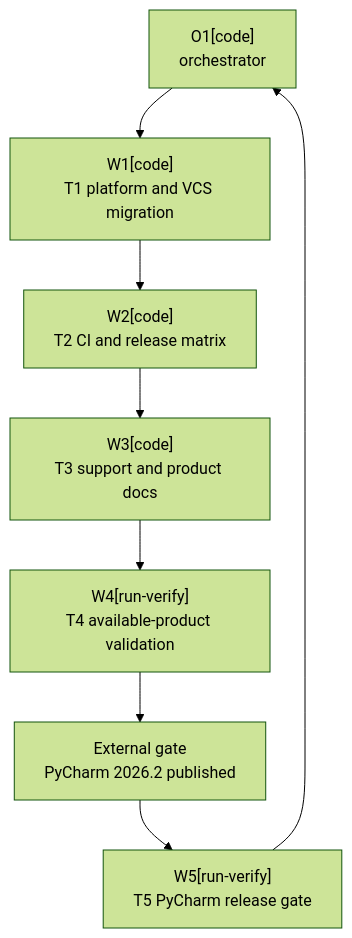
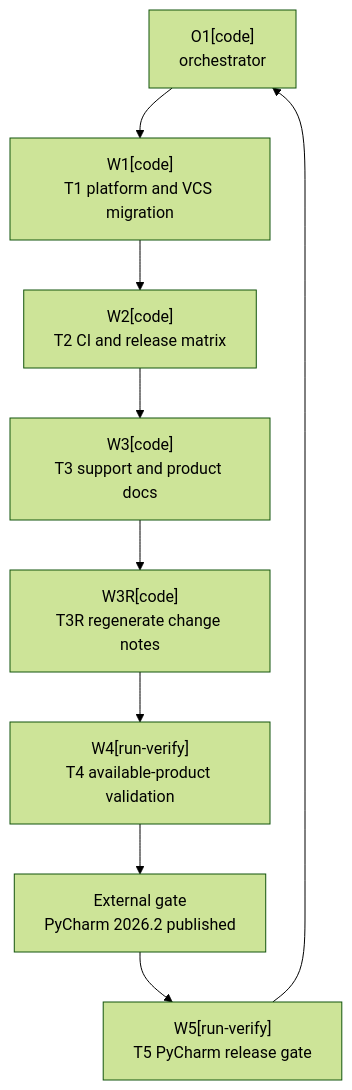
The diagram in .agents/plans/PLAN-intellij-2026-2-sdk-upgrade.md (kamkie/intellij-ai-commit-all-plugin), drawn with Mermaid (forest theme) before and after one commit. The commit also changed other lines of this file and 1 other file, not shown here.

````diff
--- a/.agents/plans/PLAN-intellij-2026-2-sdk-upgrade.md
+++ b/.agents/plans/PLAN-intellij-2026-2-sdk-upgrade.md
@@ -423,11 +491,12 @@
 ```mermaid
 flowchart TD
     O1["O1[code]<br/>orchestrator"]
     W1["W1[code]<br/>T1 platform and VCS migration"]
     W2["W2[code]<br/>T2 CI and release matrix"]
     W3["W3[code]<br/>T3 support and product docs"]
+    W3R["W3R[code]<br/>T3R regenerate change notes"]
     W4["W4[run-verify]<br/>T4 available-product validation"]
     G1["External gate<br/>PyCharm 2026.2 published"]
     W5["W5[run-verify]<br/>T5 PyCharm release gate"]
-    O1 --> W1 --> W2 --> W3 --> W4 --> G1 --> W5 --> O1
+    O1 --> W1 --> W2 --> W3 --> W3R --> W4 --> G1 --> W5 --> O1
 ```
````
